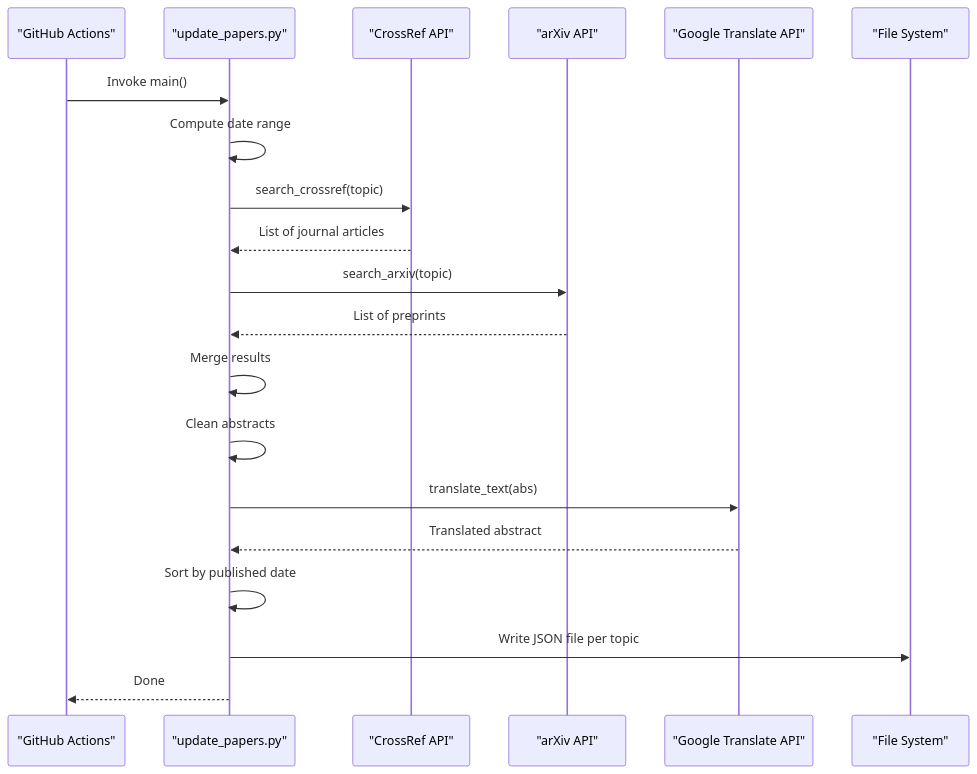
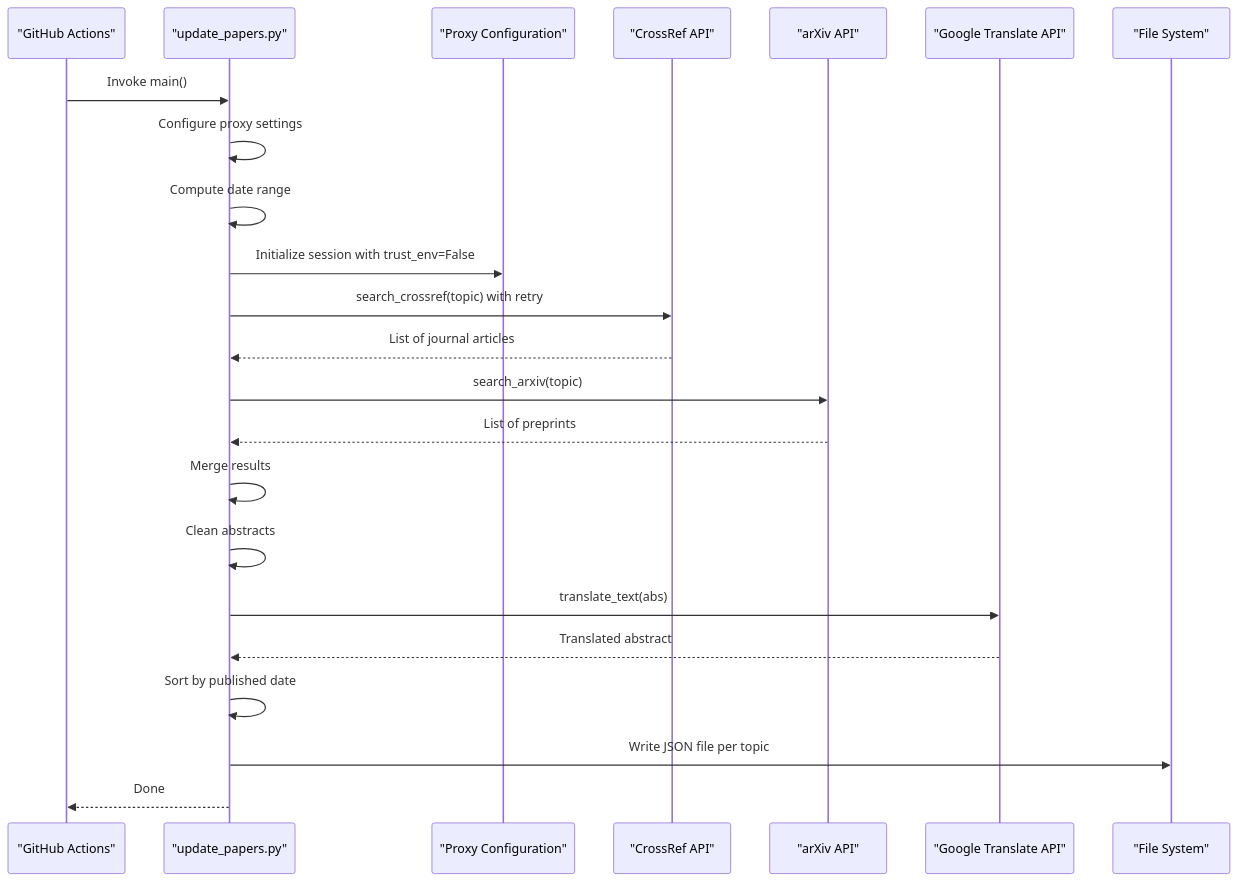
One commit to junxie01/cryoseismology_papers changed the second of 15 diagrams in .qoder/repowiki/en/content/Core Components/Paper Collection Engine.md. Above: the diagram before and after it, drawn with Mermaid. The commit also changed other lines of this file and 4 other files, not shown here.

````diff
--- a/.qoder/repowiki/en/content/Core Components/Paper Collection Engine.md
+++ b/.qoder/repowiki/en/content/Core Components/Paper Collection Engine.md
@@ -114,22 +127,25 @@
 ```mermaid
 sequenceDiagram
 participant Scheduler as "GitHub Actions"
 participant Script as "update_papers.py"
+participant Proxy as "Proxy Configuration"
 participant CrossRef as "CrossRef API"
 participant Arxiv as "arXiv API"
 participant Translator as "Google Translate API"
 participant FS as "File System"
 Scheduler->>Script : Invoke main()
+Script->>Script : Configure proxy settings
 Script->>Script : Compute date range
-Script->>CrossRef : search_crossref(topic)
+Script->>Proxy : Initialize session with trust_env=False
+Script->>CrossRef : search_crossref(topic) with retry
 CrossRef-->>Script : List of journal articles
 Script->>Arxiv : search_arxiv(topic)
 Arxiv-->>Script : List of preprints
 Script->>Script : Merge results
 Script->>Script : Clean abstracts
 Script->>Translator : translate_text(abs)
 Translator-->>Script : Translated abstract
 Script->>Script : Sort by published date
 Script->>FS : Write JSON file per topic
 Script-->>Scheduler : Done
 ```
````
